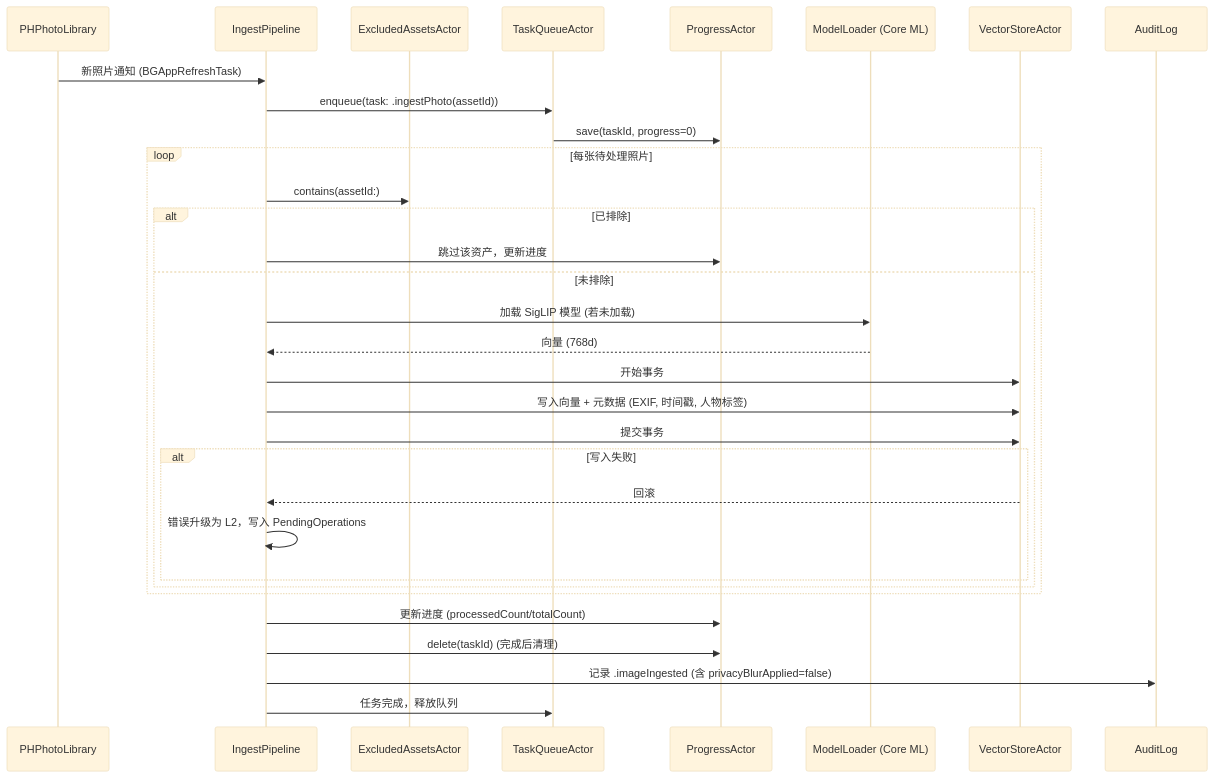
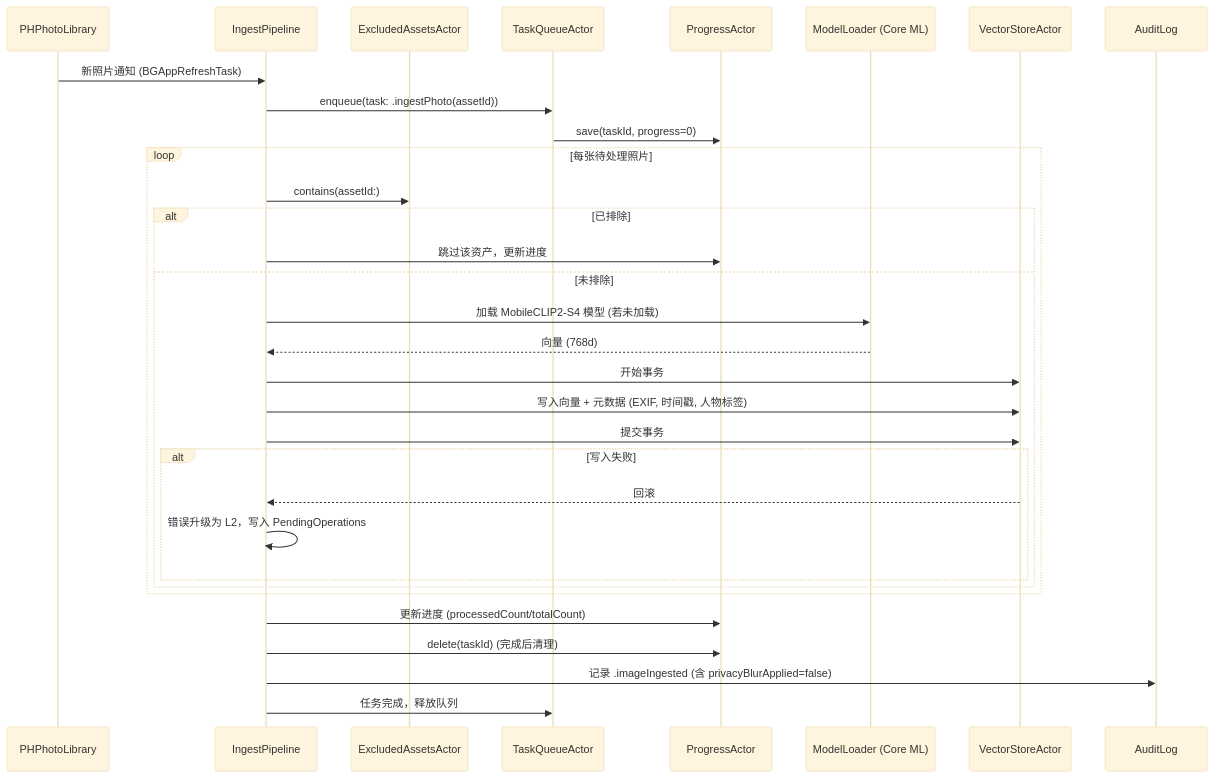
Before and after one commit to logan-suu/Echo: the third of 12 diagrams in docs/02-architecture/数据流全链路技术说明文档.md, drawn with Mermaid (base theme). The commit also changed other lines of this file and 11 other files, not shown here.

````diff
--- a/docs/02-architecture/数据流全链路技术说明文档.md
+++ b/docs/02-architecture/数据流全链路技术说明文档.md
@@ -135,35 +135,35 @@
 ```mermaid
 sequenceDiagram
     participant PhotoKit as PHPhotoLibrary
     participant IP as IngestPipeline
     participant EA as ExcludedAssetsActor
     participant TQ as TaskQueueActor
     participant PR as ProgressActor
     participant Model as ModelLoader (Core ML)
     participant VA as VectorStoreActor
     participant Audit as AuditLog
 
     PhotoKit->>IP: 新照片通知 (BGAppRefreshTask)
     IP->>TQ: enqueue(task: .ingestPhoto(assetId))
     TQ->>PR: save(taskId, progress=0)
     loop 每张待处理照片
         IP->>EA: contains(assetId:)
         alt 已排除
             IP->>PR: 跳过该资产，更新进度
         else 未排除
-            IP->>Model: 加载 SigLIP 模型 (若未加载)
+            IP->>Model: 加载 MobileCLIP2-S4 模型 (若未加载)
             Model-->>IP: 向量 (768d)
             IP->>VA: 开始事务
             IP->>VA: 写入向量 + 元数据 (EXIF, 时间戳, 人物标签)
             IP->>VA: 提交事务
             alt 写入失败
                 VA-->>IP: 回滚
                 IP->>IP: 错误升级为 L2，写入 PendingOperations
             end
         end
     end
     IP->>PR: 更新进度 (processedCount/totalCount)
     IP->>PR: delete(taskId) (完成后清理)
     IP->>Audit: 记录 .imageIngested (含 privacyBlurApplied=false)
     IP->>TQ: 任务完成，释放队列
 ```
````
